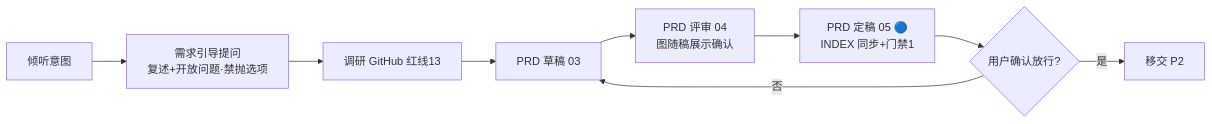
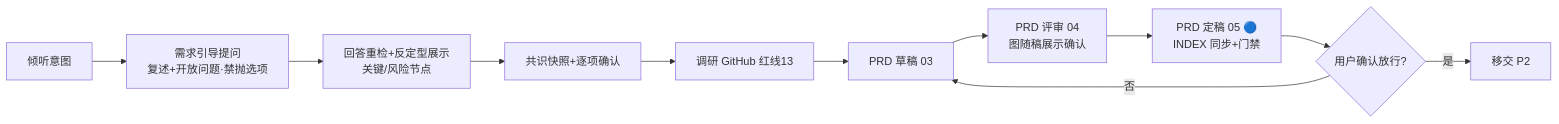
The second of 14 diagrams in docs/FLOW.md (The-Daybreaker/project-spec), drawn with Mermaid before and after one commit. The commit also changed other lines of this file and 17 other files, not shown here.

````diff
--- a/docs/FLOW.md
+++ b/docs/FLOW.md
@@ -35,11 +35,13 @@
 ```mermaid
 flowchart LR
     A[倾听意图] --> B[需求引导提问<br/>复述+开放问题·禁抛选项]
-    B --> C[调研 GitHub 红线13]
-    C --> D[PRD 草稿 03]
-    D --> E[PRD 评审 04<br/>图随稿展示确认]
-    E --> F[PRD 定稿 05 🔵<br/>INDEX 同步+门禁1]
-    F --> G{用户确认放行?}
-    G -->|是| H[移交 P2]
-    G -->|否| D
+    B --> C[回答重检+反定型展示<br/>关键/风险节点]
+    C --> D[共识快照+逐项确认]
+    D --> E[调研 GitHub 红线13]
+    E --> F[PRD 草稿 03]
+    F --> G[PRD 评审 04<br/>图随稿展示确认]
+    G --> H[PRD 定稿 05 🔵<br/>INDEX 同步+门禁]
+    H --> I{用户确认放行?}
+    I -->|是| J[移交 P2]
+    I -->|否| F
 ```
````
